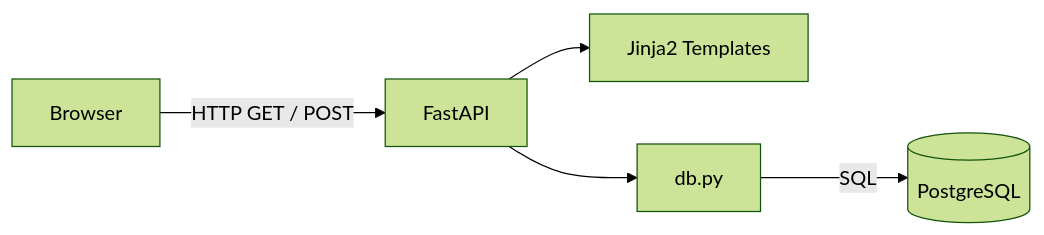
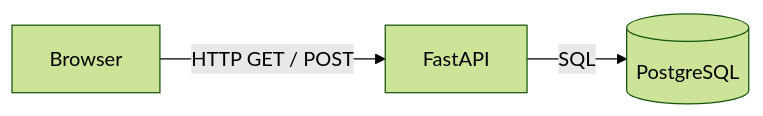
The first of 9 diagrams in README.md (gyakusu/fastapi-postgres-demo), drawn with Mermaid (forest theme) before and after one commit. The commit also changed other lines of this file, not shown here.

````diff
--- a/README.md
+++ b/README.md
@@ -13,13 +13,9 @@
 ```mermaid
 flowchart LR
     B[Browser]
     F[FastAPI]
-    T[Jinja2 Templates]
-    D[db.py]
     P[(PostgreSQL)]
 
     B -->|HTTP GET / POST| F
-    F --> T
-    F --> D
-    D -->|SQL| P
+    F -->|SQL| P
 ```
````
